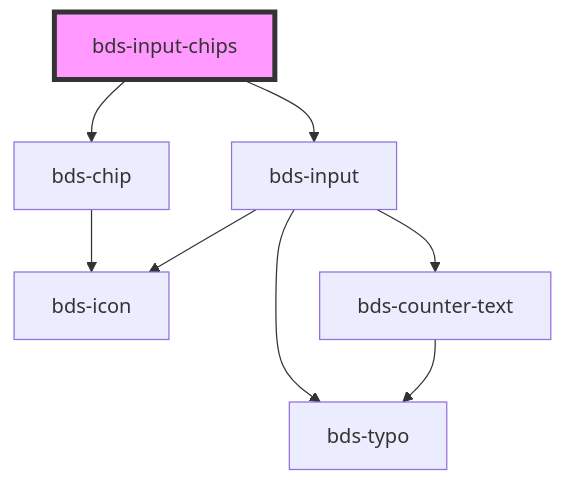
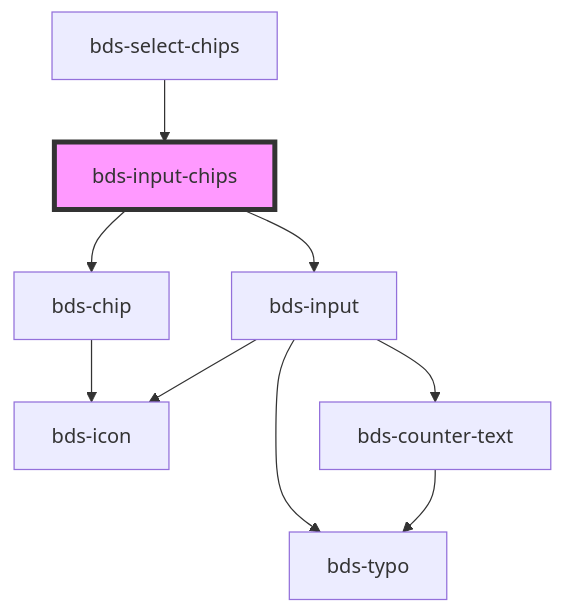
One commit to takenet/blip-ds changed the diagram in src/components/input-chips/readme.md. Above: the diagram before and after it, drawn with Mermaid. The commit also changed other lines of this file and 16 other files, not shown here.

First line of the commit message:
feat(component): select chips

````diff
--- a/src/components/input-chips/readme.md
+++ b/src/components/input-chips/readme.md
@@ -70,11 +105,12 @@
 ```mermaid
 graph TD;
   bds-input-chips --> bds-chip
   bds-input-chips --> bds-input
   bds-chip --> bds-icon
   bds-input --> bds-icon
   bds-input --> bds-typo
   bds-input --> bds-counter-text
   bds-counter-text --> bds-typo
+  bds-select-chips --> bds-input-chips
   style bds-input-chips fill:#f9f,stroke:#333,stroke-width:4px
 ```
````
